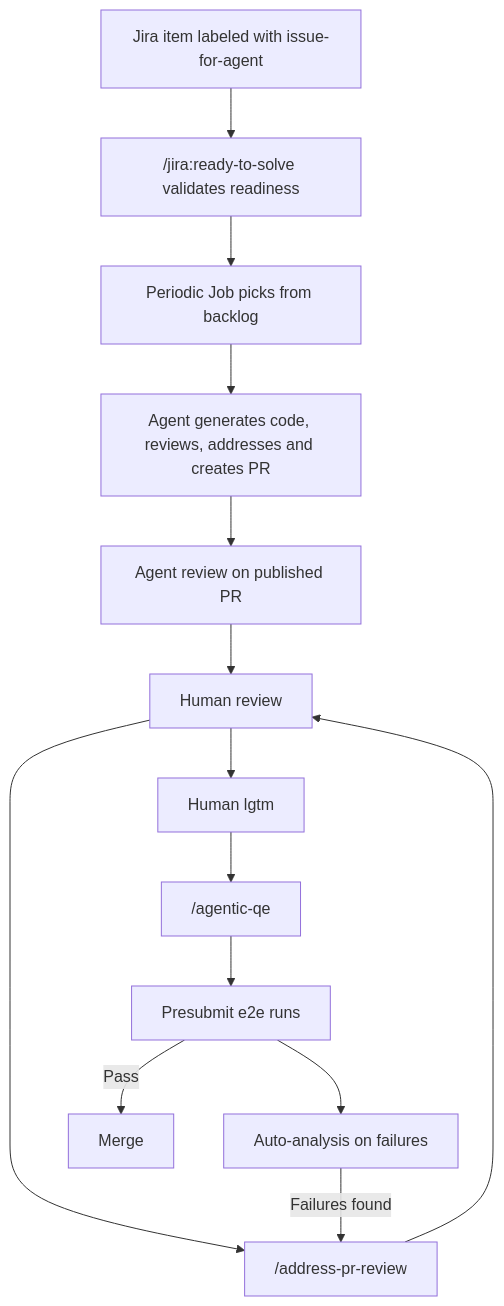
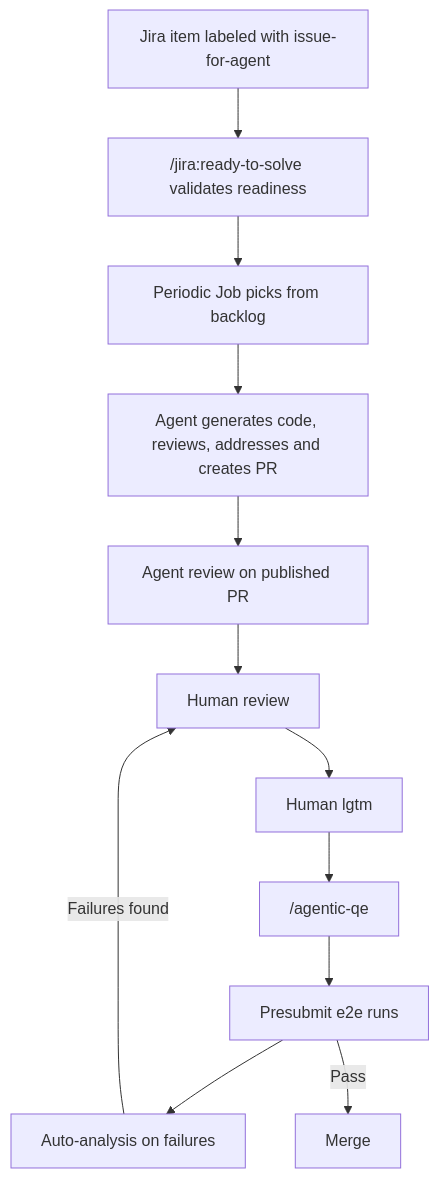
Before and after one commit to openshift/hypershift: the fifth of 5 diagrams in docs/content/how-to/agentic-sdlc.md, drawn with Mermaid. The commit also changed other lines of this file and 4 other files, not shown here.

First line of the commit message:
docs: remove address-review-comments GHA workflow and periodic-review-agent references

````diff
--- a/docs/content/how-to/agentic-sdlc.md
+++ b/docs/content/how-to/agentic-sdlc.md
@@ -206,16 +204,14 @@
 ```mermaid
 flowchart TD
     A["Jira item labeled with issue-for-agent"] --> A2["/jira:ready-to-solve validates readiness"]
     A2 --> B["Periodic Job picks from backlog"]
     B --> C["Agent generates code, reviews, addresses and creates PR"]
     C --> D["Agent review on published PR"]
     D --> E["Human review"]
-    E --> F["/address-pr-review"]
-    F --> E
     E --> G["Human lgtm"]
     G --> H["/agentic-qe"]
     H --> I["Presubmit e2e runs"]
     I --> J["Auto-analysis on failures"]
-    J -->|"Failures found"| F
+    J -->|"Failures found"| E
     I -->|"Pass"| K["Merge"]
 ```
````
